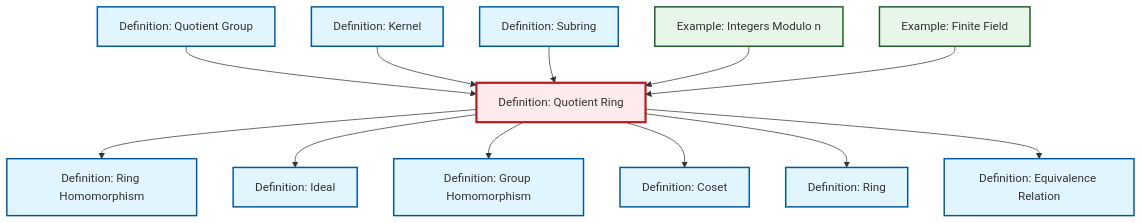
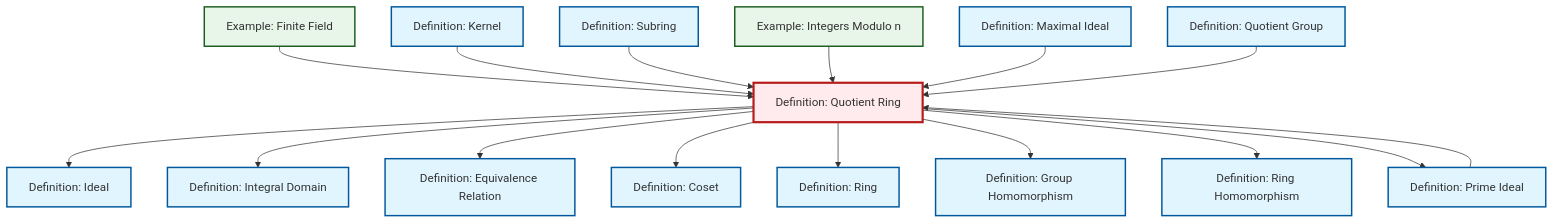
Before and after one commit to RK0429/ModernMath: the diagram in content/en/algebra/def-quotient-ring.qmd, drawn with Mermaid. The commit also changed other lines of this file and 654 other files, not shown here.

First line of the commit message:
fix: Update cross-references to equivalence relation in quotient ring definitions

````diff
--- a/content/en/algebra/def-quotient-ring.qmd
+++ b/content/en/algebra/def-quotient-ring.qmd
@@ -97,44 +97,54 @@
 ```{mermaid}
 %%| fig-cap: "Local dependency graph"
 graph TD
     classDef definition fill:#e1f5fe,stroke:#01579b,stroke-width:2px
     classDef theorem fill:#f3e5f5,stroke:#4a148c,stroke-width:2px
     classDef axiom fill:#fff3e0,stroke:#e65100,stroke-width:2px
     classDef example fill:#e8f5e9,stroke:#1b5e20,stroke-width:2px
     classDef current fill:#ffebee,stroke:#b71c1c,stroke-width:3px
+    def-coset["Definition: Coset"]:::definition
     def-quotient-ring["Definition: Quotient Ring"]:::definition
     def-ring-homomorphism["Definition: Ring Homomorphism"]:::definition
+    def-maximal-ideal["Definition: Maximal Ideal"]:::definition
+    def-prime-ideal["Definition: Prime Ideal"]:::definition
     def-quotient-group["Definition: Quotient Group"]:::definition
+    def-equivalence-relation["Definition: Equivalence Relation"]:::definition
     def-ring["Definition: Ring"]:::definition
-    def-equivalence-relation["Definition: Equivalence Relation"]:::definition
+    def-ideal["Definition: Ideal"]:::definition
+    def-kernel["Definition: Kernel"]:::definition
     def-subring["Definition: Subring"]:::definition
+    def-homomorphism["Definition: Group Homomorphism"]:::definition
+    def-integral-domain["Definition: Integral Domain"]:::definition
+    ex-finite-field["Example: Finite Field"]:::example
     ex-quotient-integers-mod-n["Example: Integers Modulo n"]:::example
-    ex-finite-field["Example: Finite Field"]:::example
-    def-kernel["Definition: Kernel"]:::definition
-    def-homomorphism["Definition: Group Homomorphism"]:::definition
-    def-coset["Definition: Coset"]:::definition
-    def-ideal["Definition: Ideal"]:::definition
-    def-quotient-ring --> def-ring-homomorphism
-    def-quotient-group --> def-quotient-ring
+    def-quotient-ring --> def-ideal
+    def-quotient-ring --> def-integral-domain
+    ex-finite-field --> def-quotient-ring
+    def-quotient-ring --> def-equivalence-relation
     def-kernel --> def-quotient-ring
     def-subring --> def-quotient-ring
-    def-quotient-ring --> def-ideal
-    def-quotient-ring --> def-homomorphism
     ex-quotient-integers-mod-n --> def-quotient-ring
+    def-maximal-ideal --> def-quotient-ring
     def-quotient-ring --> def-coset
     def-quotient-ring --> def-ring
-    ex-finite-field --> def-quotient-ring
-    def-quotient-ring --> def-equivalence-relation
+    def-quotient-group --> def-quotient-ring
+    def-quotient-ring --> def-homomorphism
+    def-quotient-ring --> def-ring-homomorphism
+    def-quotient-ring --> def-prime-ideal
+    def-prime-ideal --> def-quotient-ring
     class def-quotient-ring current
+    click def-coset "def-coset.html" "Go to Coset definition"
     click def-ring-homomorphism "def-ring-homomorphism.html" "Go to Ring Homomorphism definition"
+    click def-maximal-ideal "def-maximal-ideal.html" "Go to Maximal Ideal definition"
+    click def-prime-ideal "def-prime-ideal.html" "Go to Prime Ideal definition"
     click def-quotient-group "def-quotient-group.html" "Go to Quotient Group definition"
+    click def-equivalence-relation "def-equivalence-relation.html" "Go to Equivalence Relation definition"
     click def-ring "def-ring.html" "Go to Ring definition"
-    click def-equivalence-relation "def-equivalence-relation.html" "Go to Equivalence Relation definition"
+    click def-ideal "def-ideal.html" "Go to Ideal definition"
+    click def-kernel "def-kernel.html" "Go to Kernel definition"
     click def-subring "def-subring.html" "Go to Subring definition"
+    click def-homomorphism "def-homomorphism.html" "Go to Group Homomorphism definition"
+    click def-integral-domain "def-integral-domain.html" "Go to Integral Domain definition"
+    click ex-finite-field "ex-finite-field.html" "Go to Finite Field example"
     click ex-quotient-integers-mod-n "ex-quotient-integers-mod-n.html" "Go to Integers Modulo n example"
-    click ex-finite-field "ex-finite-field.html" "Go to Finite Field example"
-    click def-kernel "def-kernel.html" "Go to Kernel definition"
-    click def-homomorphism "def-homomorphism.html" "Go to Group Homomorphism definition"
-    click def-coset "def-coset.html" "Go to Coset definition"
-    click def-ideal "def-ideal.html" "Go to Ideal definition"
 ```
````
